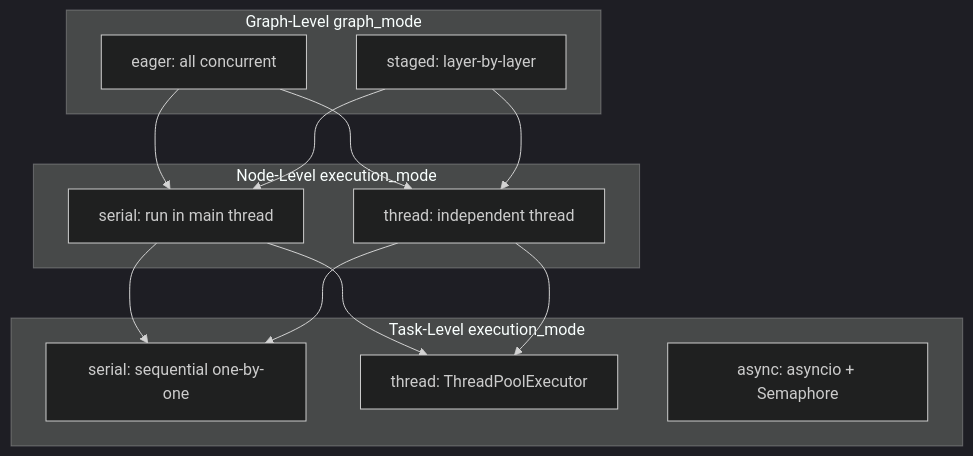
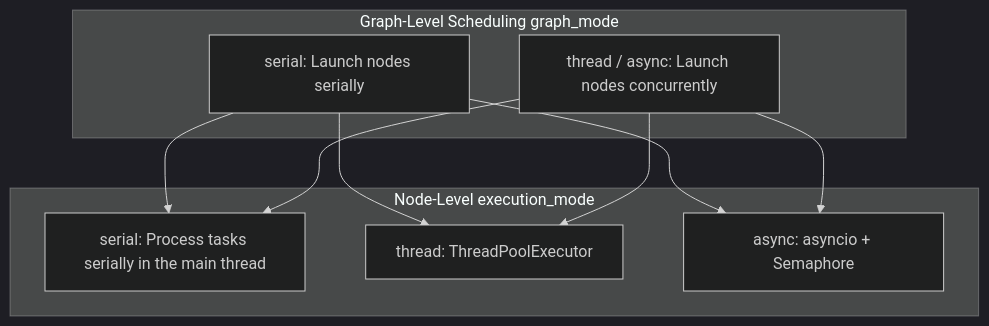
The fourth of 9 diagrams in docs/en/presentation.md (Mr-xiaotian/CelestialFlow), drawn with Mermaid (dark theme) before and after one commit. The commit also changed other lines of this file and 211 other files, not shown here.

````diff
--- a/docs/en/presentation.md
+++ b/docs/en/presentation.md
@@ -215,27 +215,20 @@
 ```mermaid
 graph TD
-    subgraph Graph-Level graph_mode
-        A[eager: all concurrent]
-        B[staged: layer-by-layer]
+    subgraph Graph-Level Scheduling graph_mode
+        A[serial: Launch nodes serially]
+        B[thread / async: Launch nodes concurrently]
     end
 
     subgraph Node-Level execution_mode
-        C[serial: run in main thread]
-        D[thread: independent thread]
-    end
-
-    subgraph Task-Level execution_mode
-        E[serial: sequential one-by-one]
-        F[thread: ThreadPoolExecutor]
-        H[async: asyncio + Semaphore]
+        C[serial: Process tasks serially in the main thread]
+        D[thread: ThreadPoolExecutor]
+        E[async: asyncio + Semaphore]
     end
 
     A --> C
     A --> D
+    A --> E
     B --> C
     B --> D
-    C --> E
-    C --> F
-    D --> E
-    D --> F
+    B --> E
 ```
````
